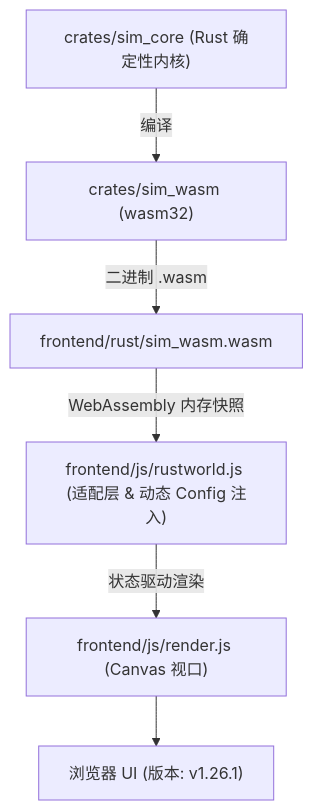
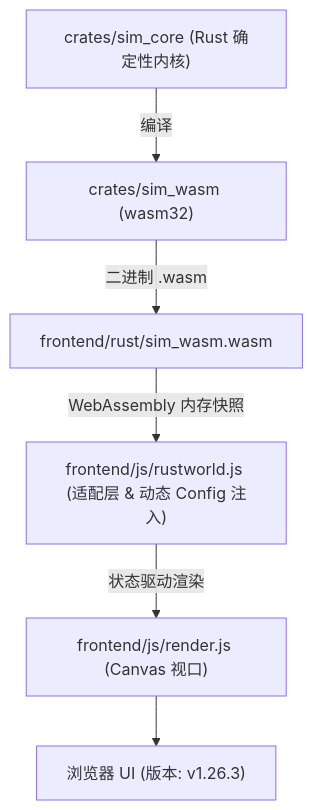
The diagram in AGENTS.md (g39088902/FlowAndAccord), drawn with Mermaid before and after one commit. The commit also changed other lines of this file and 14 other files, not shown here.

````diff
--- a/AGENTS.md
+++ b/AGENTS.md
@@ -51,8 +51,8 @@
 ```mermaid
 graph TD
     A["crates/sim_core (Rust 确定性内核)"] -->|编译| B["crates/sim_wasm (wasm32)"]
     B -->|二进制 .wasm| C["frontend/rust/sim_wasm.wasm"]
     C -->|WebAssembly 内存快照| D["frontend/js/rustworld.js (适配层 & 动态 Config 注入)"]
     D -->|状态驱动渲染| E["frontend/js/render.js (Canvas 视口)"]
-    E --> F["浏览器 UI (版本: v1.26.1)"]
+    E --> F["浏览器 UI (版本: v1.26.3)"]
 ```
````
